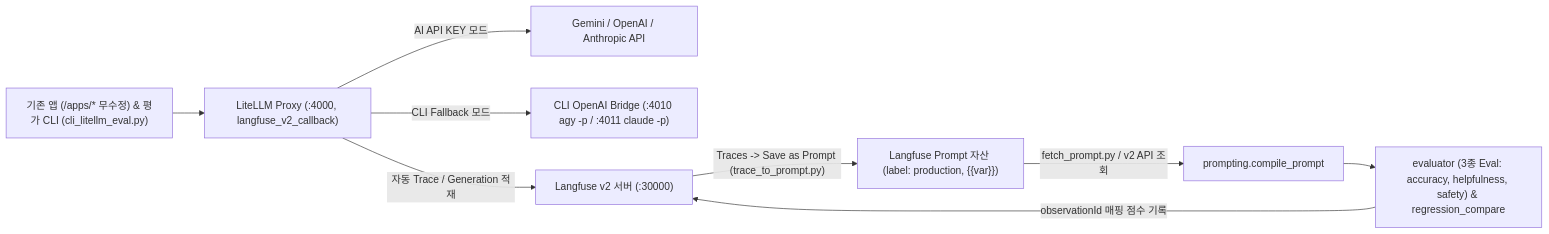
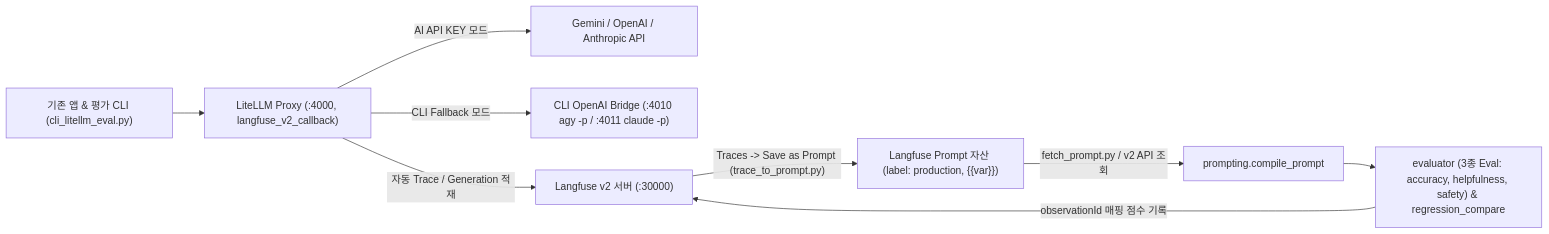
The diagram in ch11-eval-and-llmops/README.md (yojulab/learn_Loop_engineering), drawn with Mermaid before and after one commit. The commit also changed other lines of this file and 260 other files, not shown here.

````diff
--- a/ch11-eval-and-llmops/README.md
+++ b/ch11-eval-and-llmops/README.md
@@ -17,11 +15,11 @@
 ```mermaid
 flowchart LR
-    App["기존 앱 (/apps/* 무수정) & 평가 CLI (cli_litellm_eval.py)"] --> Proxy["LiteLLM Proxy (:4000, langfuse_v2_callback)"]
+    App["기존 앱 & 평가 CLI (cli_litellm_eval.py)"] --> Proxy["LiteLLM Proxy (:4000, langfuse_v2_callback)"]
     Proxy -->|"AI API KEY 모드"| CloudLLM["Gemini / OpenAI / Anthropic API"]
     Proxy -->|"CLI Fallback 모드"| Bridge["CLI OpenAI Bridge (:4010 agy -p / :4011 claude -p)"]
     Proxy -->|"자동 Trace / Generation 적재"| LF["Langfuse v2 서버 (:30000)"]
     LF -->|"Traces -> Save as Prompt (trace_to_prompt.py)"| PromptReg["Langfuse Prompt 자산 (label: production, {{var}})"]
     PromptReg -->|"fetch_prompt.py / v2 API 조회"| Compile["prompting.compile_prompt"]
     Compile --> Eval["evaluator (3종 Eval: accuracy, helpfulness, safety) & regression_compare"]
     Eval -->|"observationId 매핑 점수 기록"| LF
 ```
````
